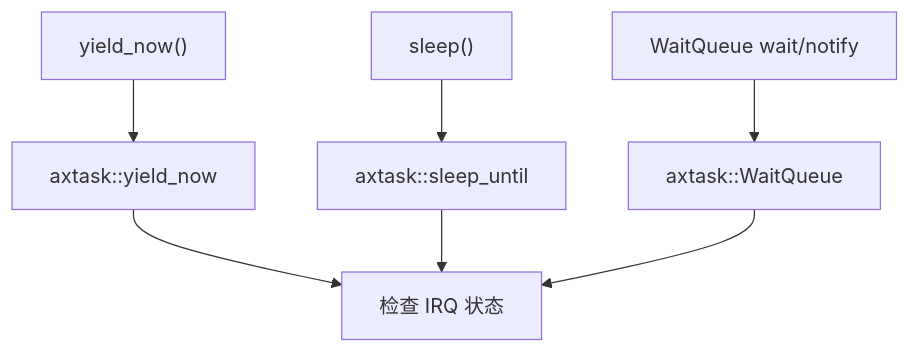
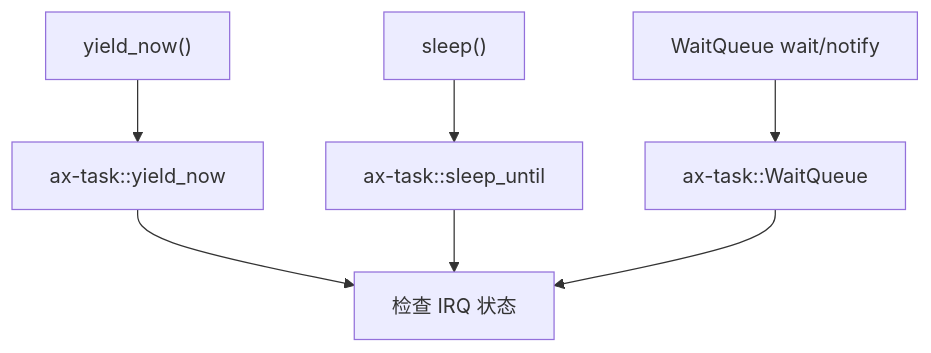
The first of 2 diagrams in docs/crates/arceos-irq.md (zKurisu/tgoskits), drawn with Mermaid before and after one commit. The commit also changed other lines of this file and 133 other files, not shown here.

Commit message:
rename axtask to ax-task

````diff
--- a/docs/crates/arceos-irq.md
+++ b/docs/crates/arceos-irq.md
@@ -37,9 +37,9 @@
 ```mermaid
 flowchart TD
-    A["yield_now()"] --> B["axtask::yield_now"]
-    C["sleep()"] --> D["axtask::sleep_until"]
-    E["WaitQueue wait/notify"] --> F["axtask::WaitQueue"]
+    A["yield_now()"] --> B["ax-task::yield_now"]
+    C["sleep()"] --> D["ax-task::sleep_until"]
+    E["WaitQueue wait/notify"] --> F["ax-task::WaitQueue"]
     B --> G["检查 IRQ 状态"]
     D --> G
     F --> G
 ```
````
